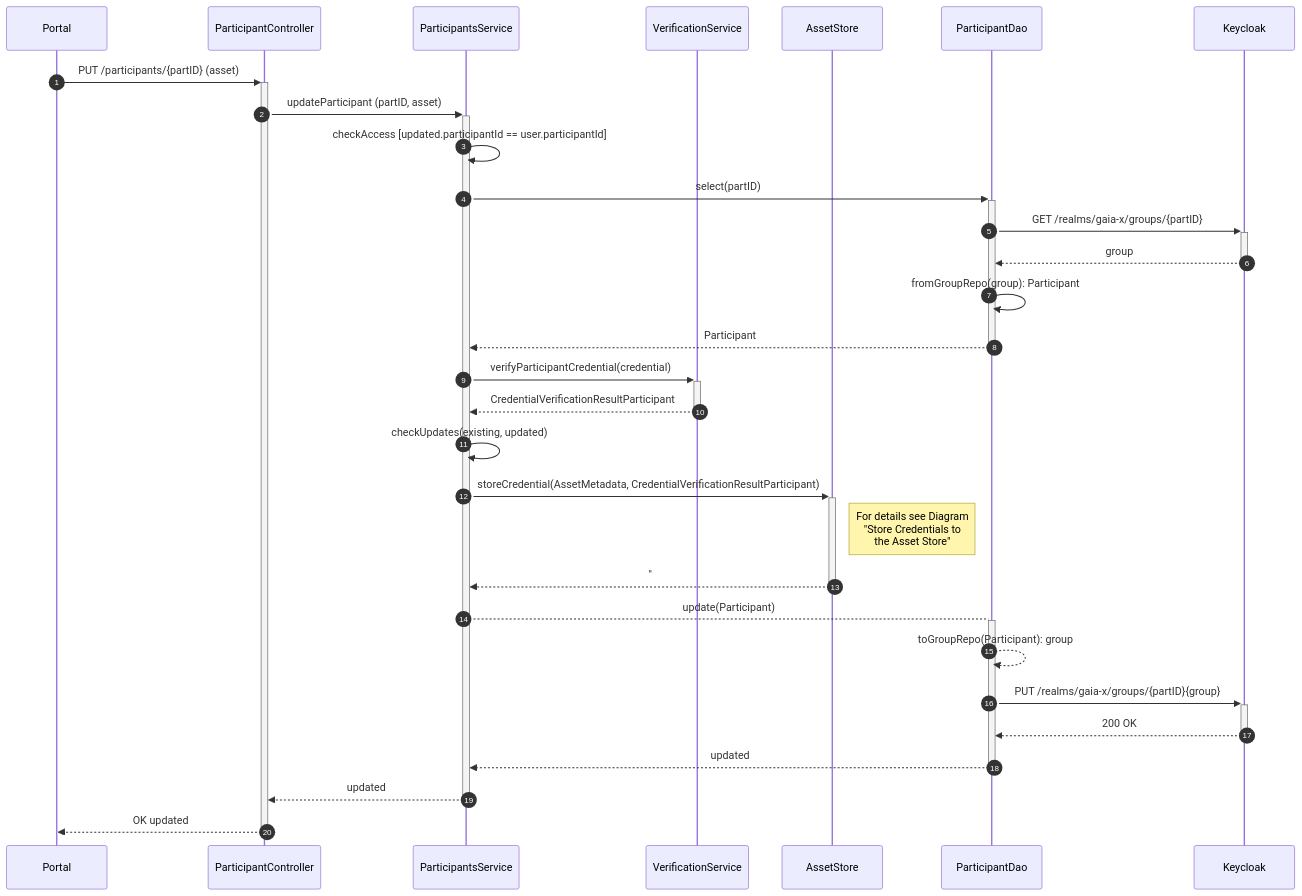
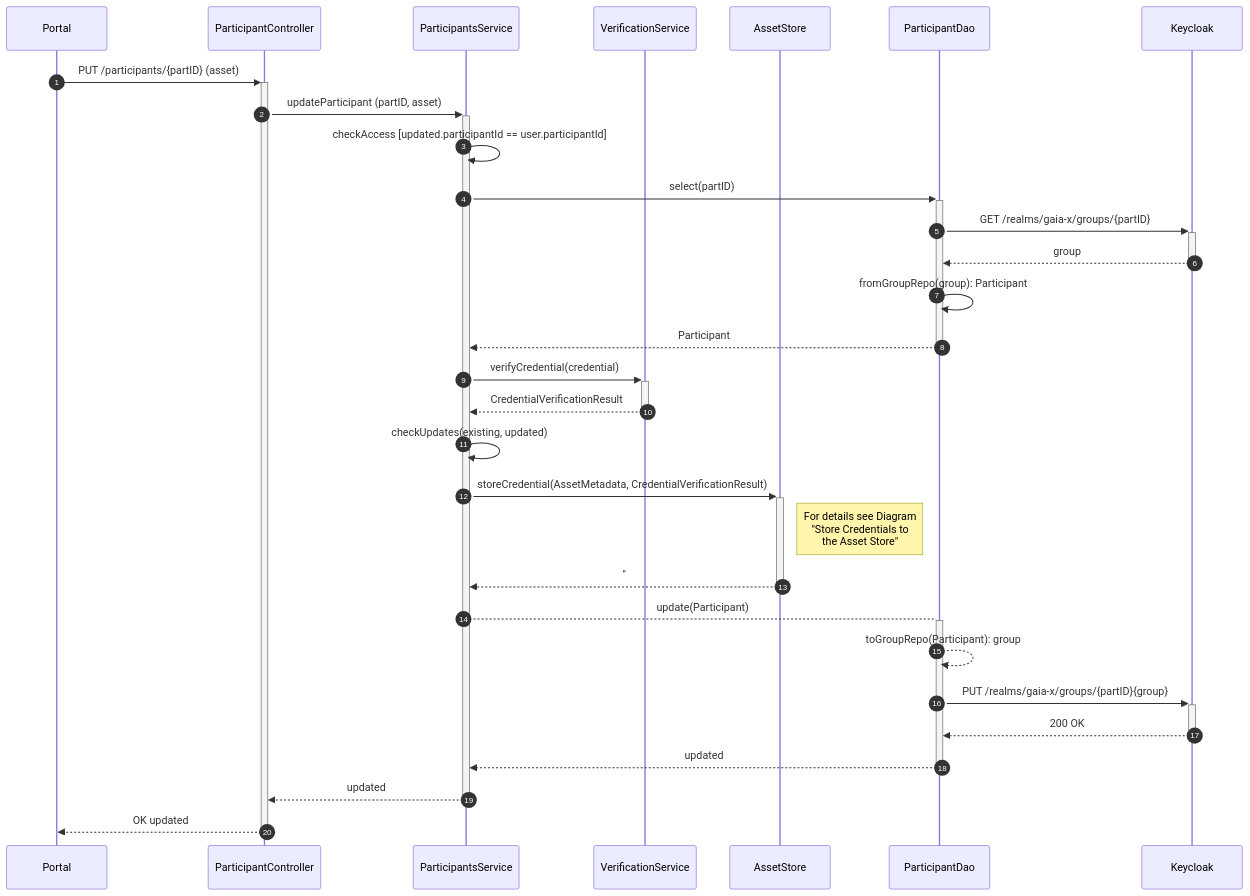
Before and after one commit to federated-catalogue-enhancements-2026/docs: the sixth of 44 diagrams in federated-catalogue/src/docs/architecture/chapters/06_runtime_view.adoc, drawn with Mermaid. The commit also changed other lines of this file and 3 other files, not shown here.

```diff
--- a/federated-catalogue/src/docs/architecture/chapters/06_runtime_view.adoc
+++ b/federated-catalogue/src/docs/architecture/chapters/06_runtime_view.adoc
@@ -209,33 +209,33 @@
 [mermaid, width=2000]
 ....
 sequenceDiagram
     autonumber
     participant Portal
     participant ParticipantController
     participant ParticipantsService
     participant VerificationService
     participant AssetStore as AssetStore
     participant ParticipantDao
     participant Keycloak
     Portal ->> + ParticipantController: PUT /participants/{partID} (asset)
     ParticipantController ->> + ParticipantsService: updateParticipant (partID, asset)
     ParticipantsService ->> ParticipantsService: checkAccess [updated.participantId == user.participantId]
     ParticipantsService ->> + ParticipantDao: select(partID)
     ParticipantDao ->> + Keycloak: GET /realms/gaia-x/groups/{partID}
     Keycloak -->> - ParticipantDao: group
     ParticipantDao ->> ParticipantDao: fromGroupRepo(group): Participant
     ParticipantDao -->> - ParticipantsService: Participant
-    ParticipantsService ->> + VerificationService: verifyParticipantCredential(credential)
-    VerificationService -->> - ParticipantsService: CredentialVerificationResultParticipant
+    ParticipantsService ->> + VerificationService: verifyCredential(credential)
+    VerificationService -->> - ParticipantsService: CredentialVerificationResult
     ParticipantsService ->> ParticipantsService: checkUpdates(existing, updated)
-    ParticipantsService ->> + AssetStore: storeCredential(AssetMetadata, CredentialVerificationResultParticipant)
+    ParticipantsService ->> + AssetStore: storeCredential(AssetMetadata, CredentialVerificationResult)
     Note right of AssetStore: For details see Diagram <br /> "Store Credentials to <br /> the Asset Store"
     AssetStore -->> - ParticipantsService: ''
     ParticipantsService --> + ParticipantDao: update(Participant)
     ParticipantDao -->> ParticipantDao: toGroupRepo(Participant): group
     ParticipantDao ->> + Keycloak: PUT /realms/gaia-x/groups/{partID}{group}
     Keycloak -->> - ParticipantDao: 200 OK
     ParticipantDao -->> - ParticipantsService: updated
     ParticipantsService -->> - ParticipantController: updated
     ParticipantController -->> - Portal: OK updated
 ....
```
